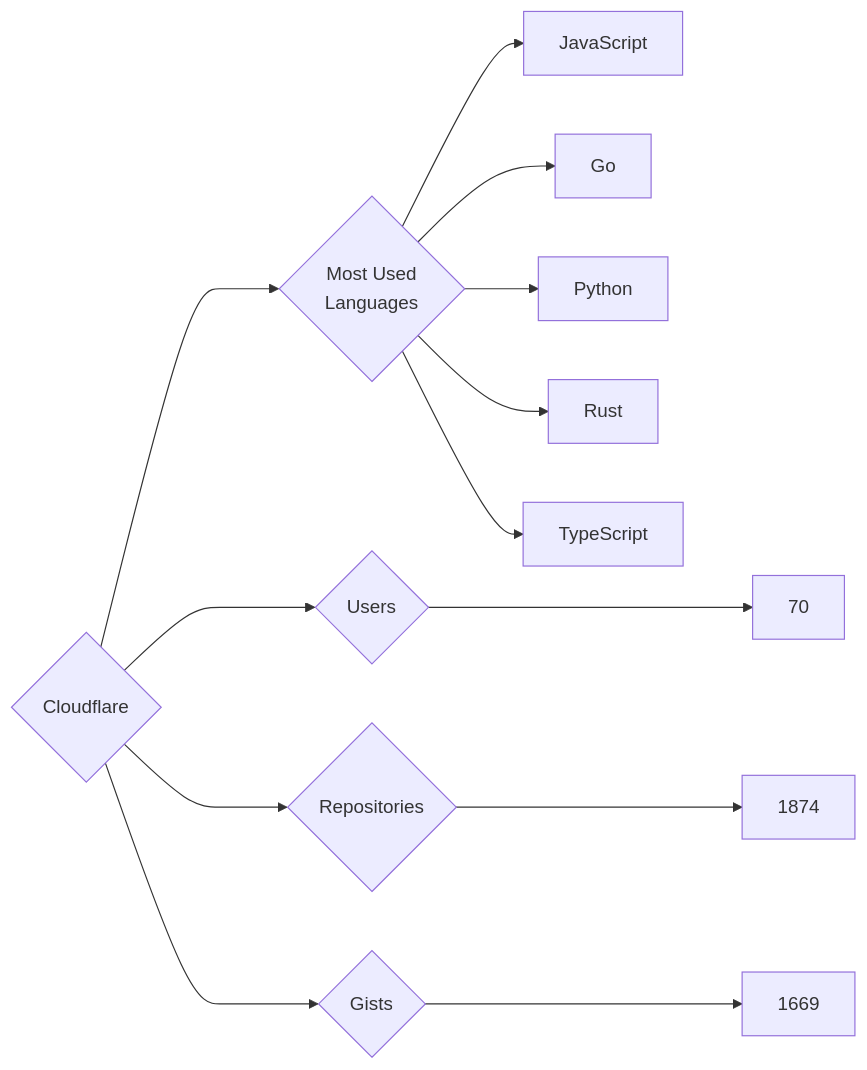
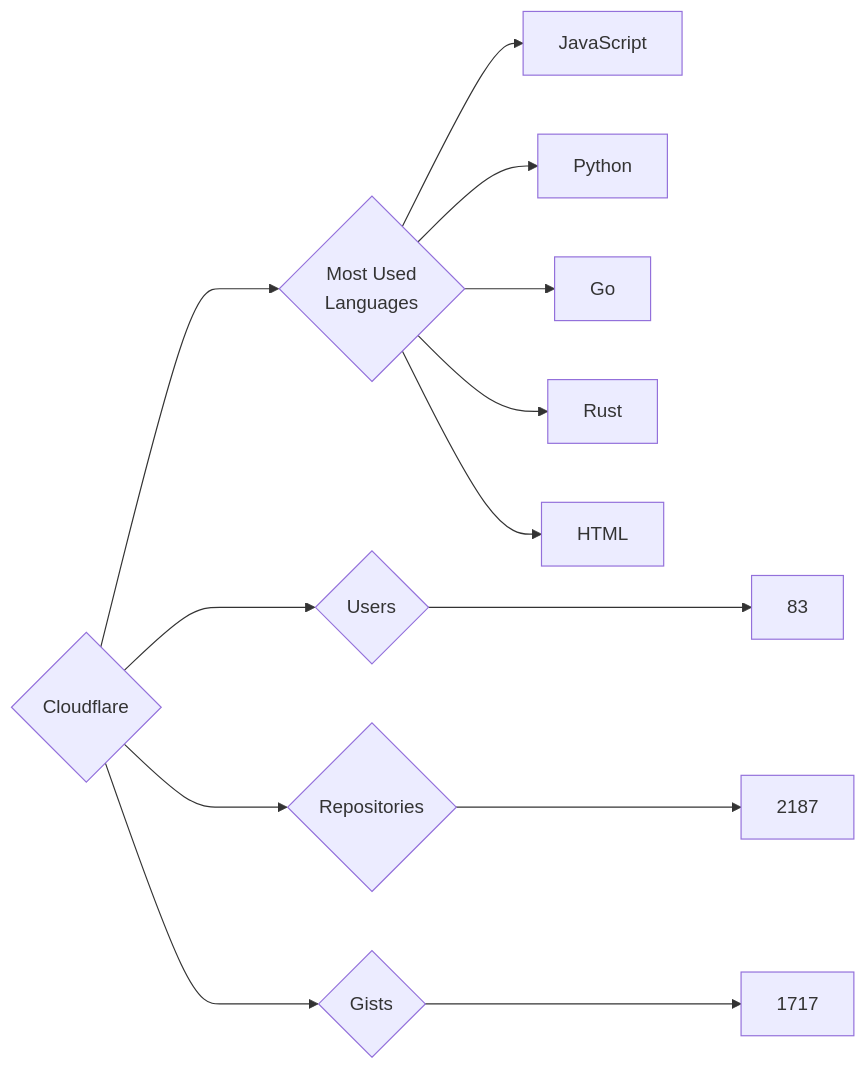
The diagram in targets/Cloudflare/README.md (trickest/insiders), drawn with Mermaid before and after one commit. The commit also changed 636 other files, not shown here.

````diff
--- a/targets/Cloudflare/README.md
+++ b/targets/Cloudflare/README.md
@@ -3,13 +3,13 @@
 ```mermaid
 graph LR
 COMPANY_NAME{Cloudflare}
-COMPANY_NAME ---> U{Users} ---> UN[70]
-COMPANY_NAME ---> R{Repositories} ---> RN[1874]
-COMPANY_NAME ---> G{Gists} ---> GN[1669]
+COMPANY_NAME ---> U{Users} ---> UN[83]
+COMPANY_NAME ---> R{Repositories} ---> RN[2187]
+COMPANY_NAME ---> G{Gists} ---> GN[1717]
 COMPANY_NAME ---> ML{Most Used<br>Languages}
 ML --> JavaScript[JavaScript]
+ML --> Python[Python]
 ML --> Go[Go]
-ML --> Python[Python]
 ML --> Rust[Rust]
-ML --> TypeScript[TypeScript]
+ML --> HTML[HTML]
 ```
````
